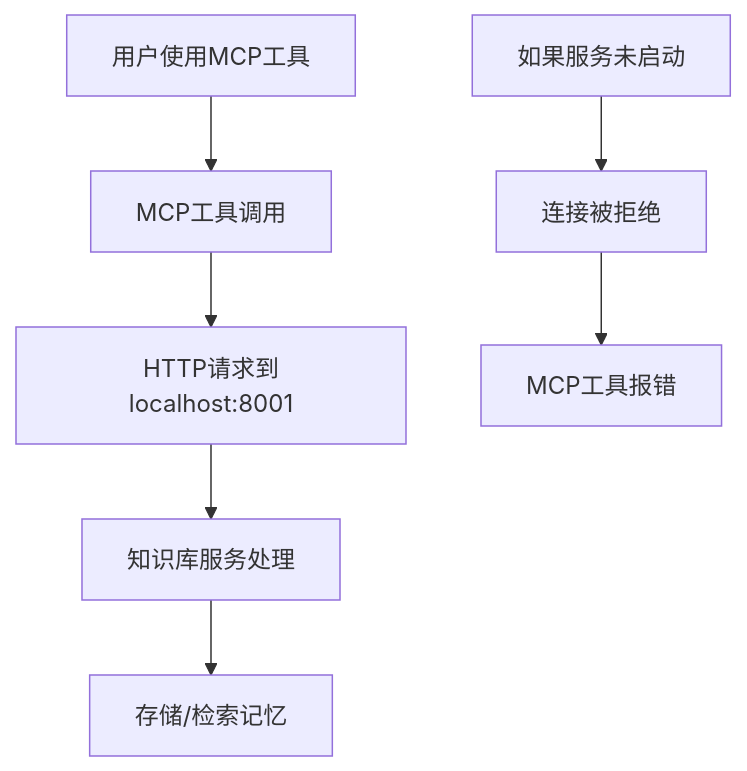
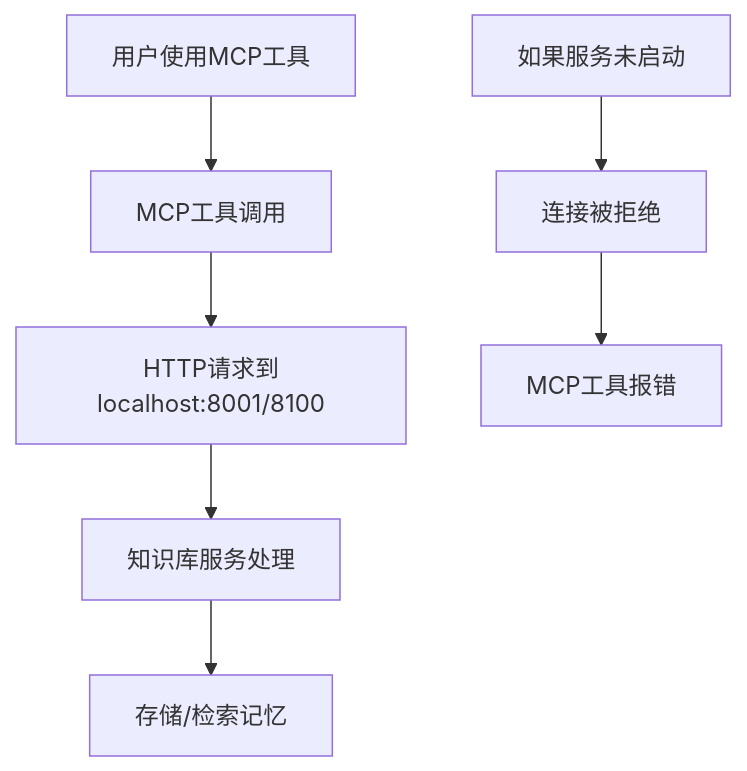
Before and after one commit to cfy114514/mcp_database: the diagram in MCP_MEMORY_ARCHITECTURE.md, drawn with Mermaid. The commit also changed other lines of this file and 67 other files, not shown here.

````diff
--- a/MCP_MEMORY_ARCHITECTURE.md
+++ b/MCP_MEMORY_ARCHITECTURE.md
@@ -41,10 +47,10 @@
 ```mermaid
 graph TD
     A[用户使用MCP工具] --> B[MCP工具调用]
-    B --> C[HTTP请求到localhost:8001]
+    B --> C[HTTP请求到localhost:8001/8100]
     C --> D[知识库服务处理]
     D --> E[存储/检索记忆]
     
     F[如果服务未启动] --> G[连接被拒绝]
     G --> H[MCP工具报错]
 ```
````
